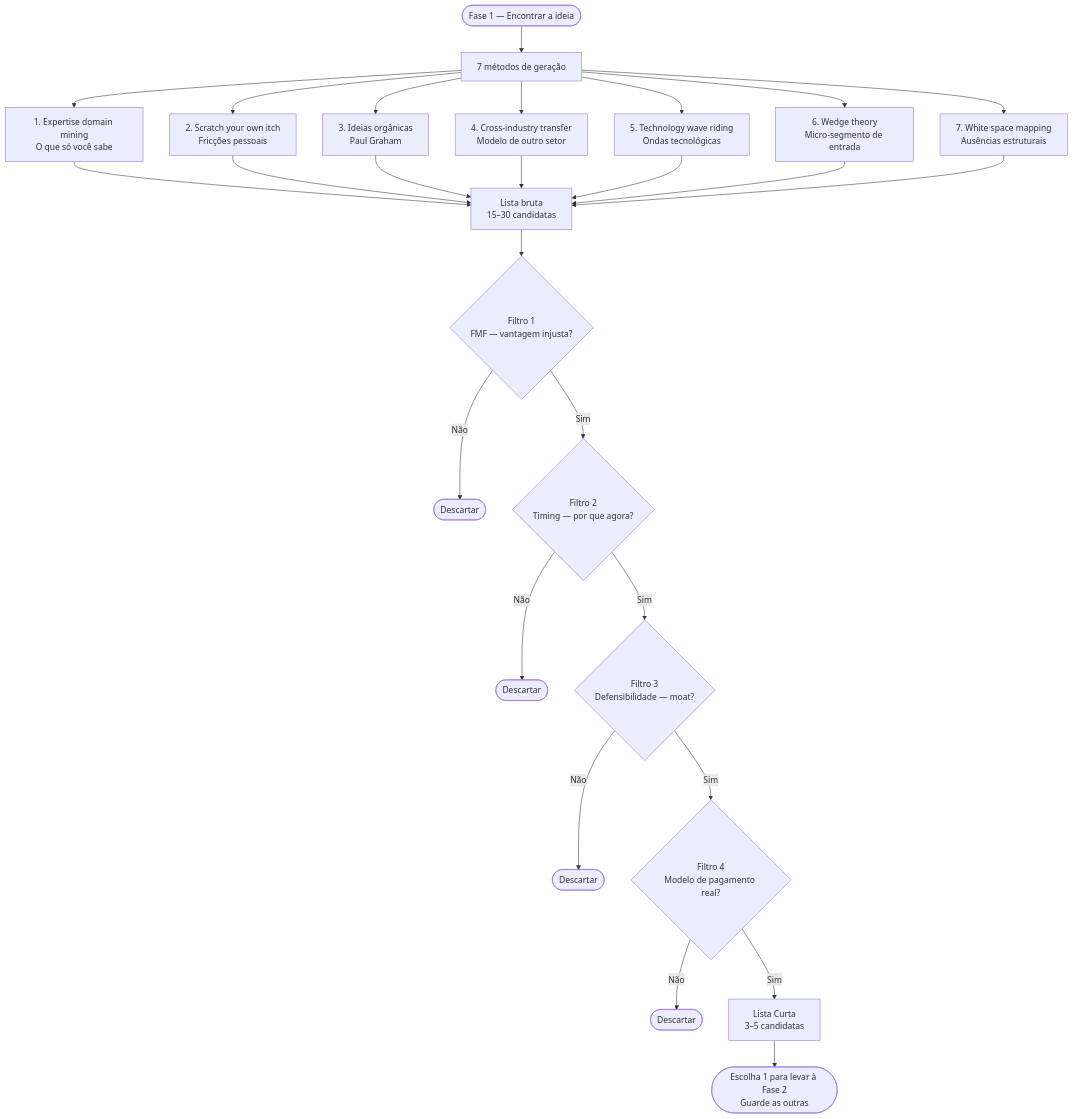
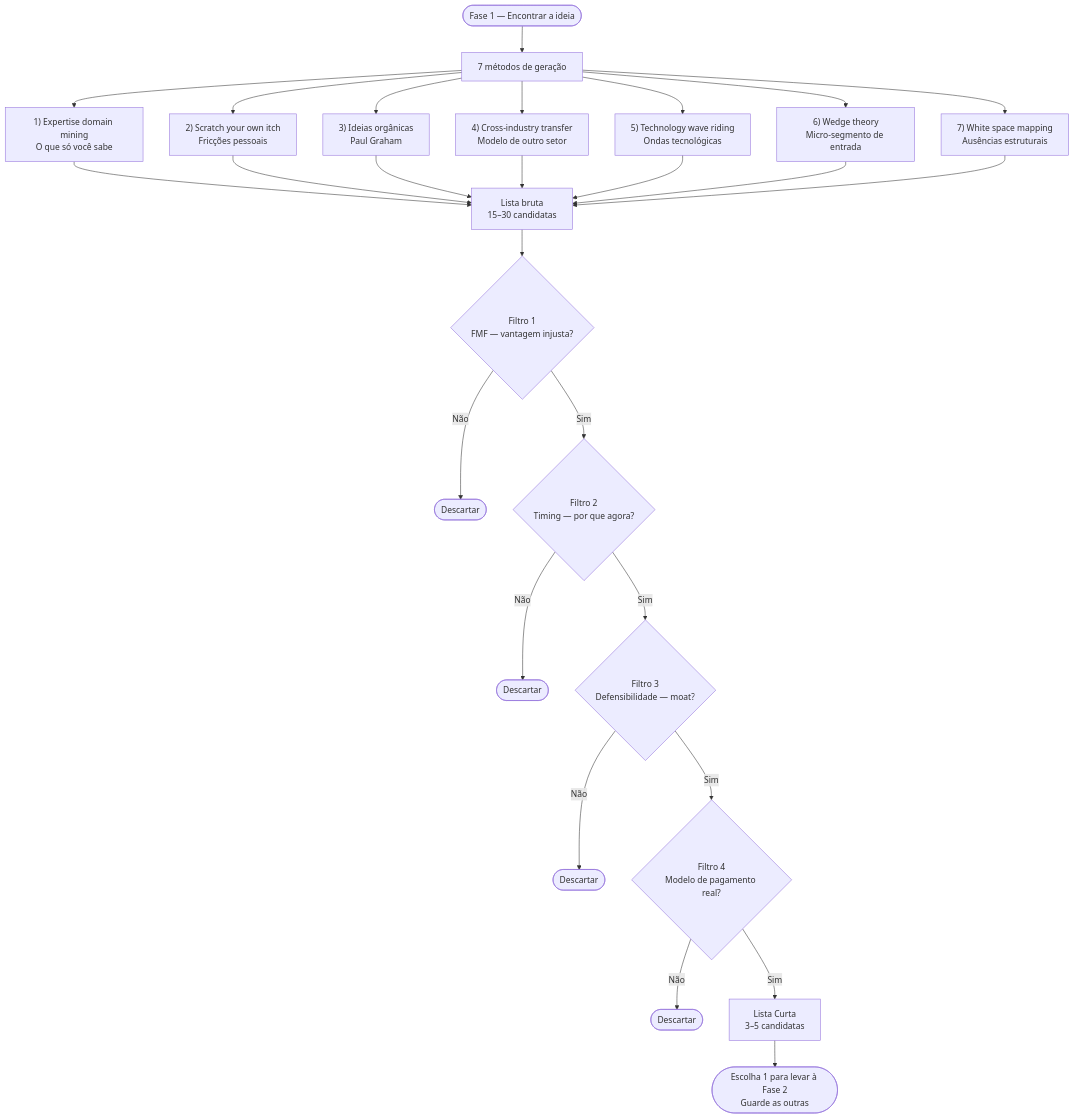
The first of 3 diagrams in fases/fase-01.md (jottaprado/ignicao), drawn with Mermaid before and after one commit. The commit also changed 2 other files, not shown here.

Commit message:
fix: labels Mermaid com lista numerada renderizando como "Unsupported markdown: list"
Labels começando com 'N. ' (ex: "1. Bloqueio de tempo") eram
interpretados pelo renderer Mermaid do Obsidian como item de
lista numerada markdown — que Mermaid não suporta dentro de
labels — resultando no texto literal "Unsupported markdown: list"
no node.

Substituído 'N.' por 'N)' em fase-01.md (7 métodos) e fase-02.md
(7 passos), preservando a semântica sequencial.

Compilado IGNIÇÃO ... 2026.md atualizado em sincronia.

````diff
--- a/fases/fase-01.md
+++ b/fases/fase-01.md
@@ -35,26 +35,26 @@
 ```mermaid
 flowchart TD
     A([Fase 1 — Encontrar a ideia]) --> B[7 métodos de geração]
 
-    B --> M1["1. Expertise domain mining<br/>O que só você sabe"]
-    B --> M2["2. Scratch your own itch<br/>Fricções pessoais"]
-    B --> M3["3. Ideias orgânicas<br/>Paul Graham"]
-    B --> M4["4. Cross-industry transfer<br/>Modelo de outro setor"]
-    B --> M5["5. Technology wave riding<br/>Ondas tecnológicas"]
-    B --> M6["6. Wedge theory<br/>Micro-segmento de entrada"]
-    B --> M7["7. White space mapping<br/>Ausências estruturais"]
+    B --> M1["1) Expertise domain mining<br/>O que só você sabe"]
+    B --> M2["2) Scratch your own itch<br/>Fricções pessoais"]
+    B --> M3["3) Ideias orgânicas<br/>Paul Graham"]
+    B --> M4["4) Cross-industry transfer<br/>Modelo de outro setor"]
+    B --> M5["5) Technology wave riding<br/>Ondas tecnológicas"]
+    B --> M6["6) Wedge theory<br/>Micro-segmento de entrada"]
+    B --> M7["7) White space mapping<br/>Ausências estruturais"]
 
     M1 & M2 & M3 & M4 & M5 & M6 & M7 --> C["Lista bruta<br/>15–30 candidatas"]
 
     C --> F1{"Filtro 1<br/>FMF — vantagem injusta?"}
     F1 -->|Não| OUT1([Descartar])
     F1 -->|Sim| F2{"Filtro 2<br/>Timing — por que agora?"}
     F2 -->|Não| OUT2([Descartar])
     F2 -->|Sim| F3{"Filtro 3<br/>Defensibilidade — moat?"}
     F3 -->|Não| OUT3([Descartar])
     F3 -->|Sim| F4{"Filtro 4<br/>Modelo de pagamento real?"}
     F4 -->|Não| OUT4([Descartar])
     F4 -->|Sim| FINAL["Lista Curta<br/>3–5 candidatas"]
 
     FINAL --> CHOOSE(["Escolha 1 para levar à Fase 2<br/>Guarde as outras"])
 ```
````
